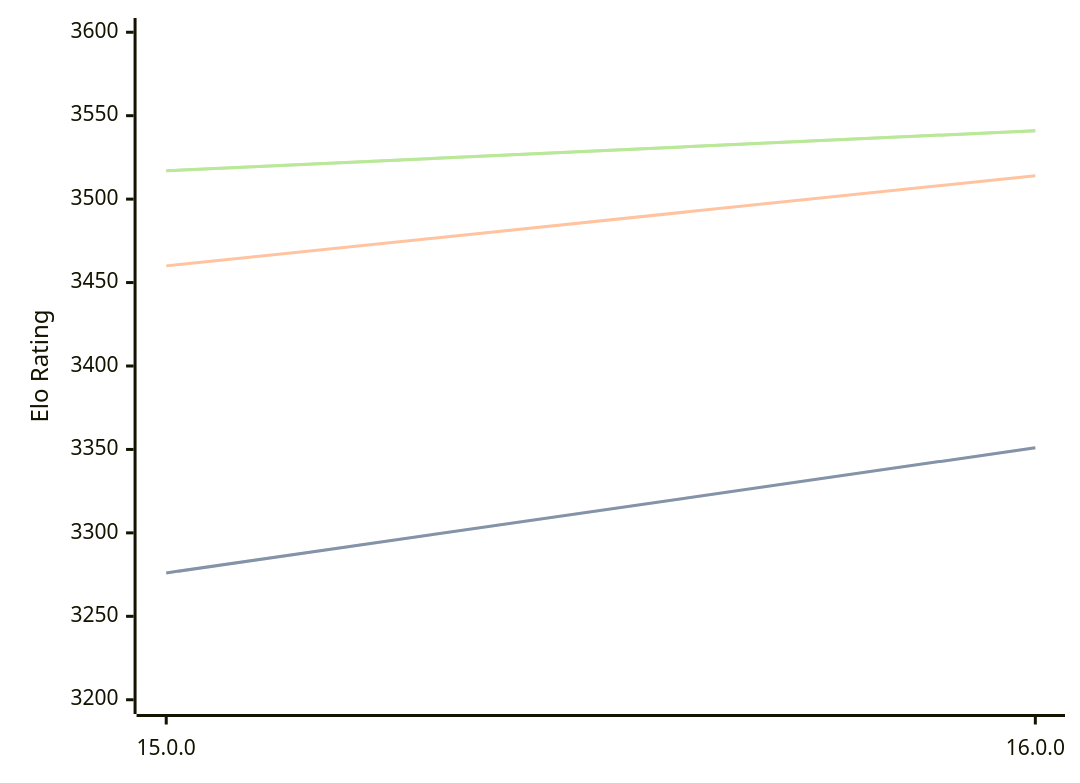
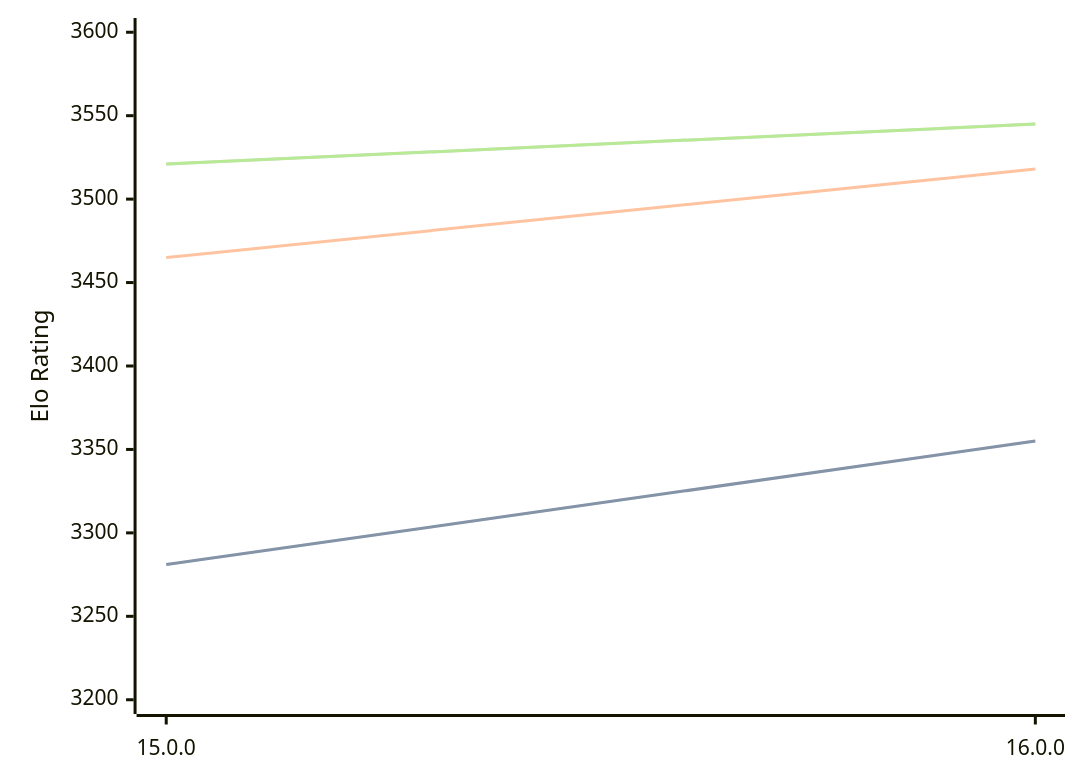
Before and after one commit to computer-chess-index/cci: the diagram in engines/Halogen.md, drawn with Mermaid. The commit also changed other lines of this file, not shown here.

Commit message:
Update CCI Ratings (ELO VLTC) - 2026-08-18

````diff
--- a/engines/Halogen.md
+++ b/engines/Halogen.md
@@ -32,11 +32,11 @@
 ```mermaid
 %%{init: {"theme":"base","themeVariables":{"seriesColors:['#a3a3a3','#222221','#faa371']}}}%%
 xychart-beta
   x-axis ["15.0.0", "16.0.0"]
   y-axis "Elo Rating" 3200 --> 3600
-  line "STC (8.0+0.08s)" [3276, 3351]
-  line "STC (8.0+0.08s)" [3276, 3351]
-  line "LTC (60.0+0.60s)" [3460, 3514]
-  line "VLTC (2m24s+1.12s)" [3517, 3541]
-  line "VLTC (2m24s+1.12s)" [3517, 3541]
+  line "STC (8.0+0.08s)" [3281, 3355]
+  line "STC (8.0+0.08s)" [3281, 3355]
+  line "LTC (60.0+0.60s)" [3465, 3518]
+  line "VLTC (2m24s+1.12s)" [3521, 3545]
+  line "VLTC (2m24s+1.12s)" [3521, 3545]
 ```
````
